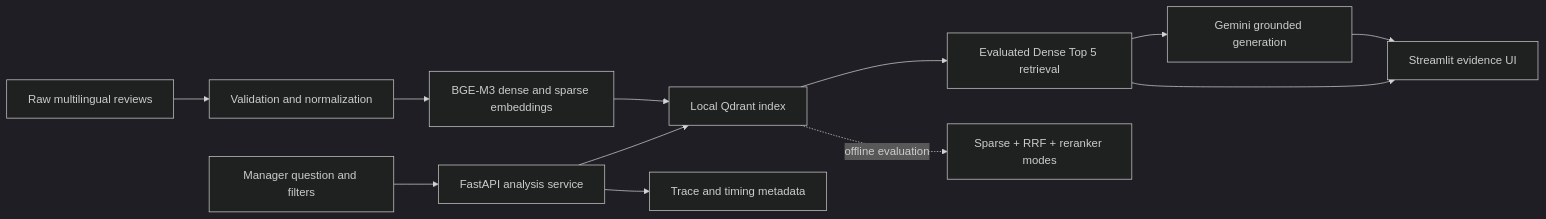
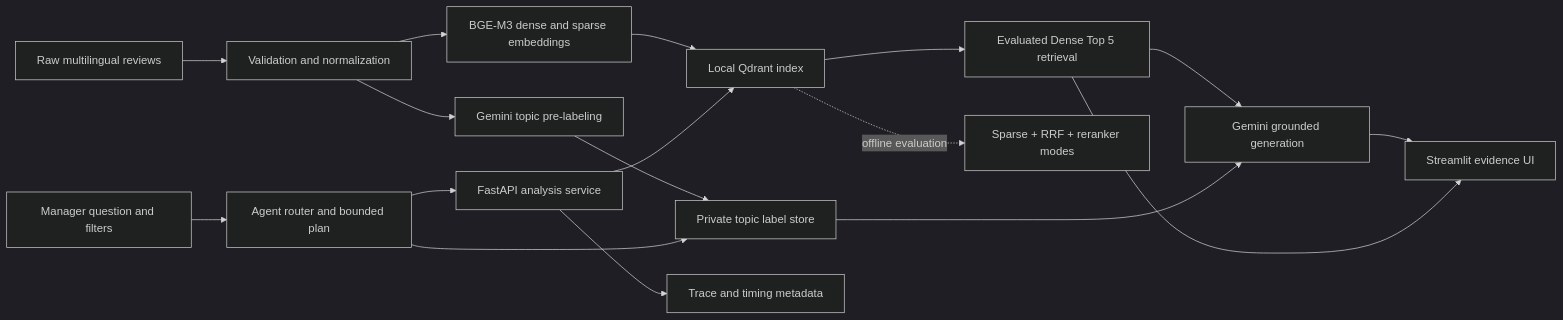
Before and after one commit to taojiangyz/Tokyo-Disneyland-review-intelligence: the diagram in README.md, drawn with Mermaid (dark theme). The commit also changed other lines of this file and 1 other file, not shown here.

Commit message:
Update READMEs for completed analytics Agent

````diff
--- a/README.md
+++ b/README.md
@@ -28,14 +30,19 @@
 ```mermaid
 flowchart LR
     A["Raw multilingual reviews"] --> B["Validation and normalization"]
     B --> C["BGE-M3 dense and sparse embeddings"]
+    B --> L["Gemini topic pre-labeling"]
+    L --> TS["Private topic label store"]
     C --> D["Local Qdrant index"]
-    U["Manager question and filters"] --> API["FastAPI analysis service"]
+    U["Manager question and filters"] --> AG["Agent router and bounded plan"]
+    AG --> API["FastAPI analysis service"]
+    AG --> TS
     API --> D
     D --> DR["Evaluated Dense Top 5 retrieval"]
     DR --> G["Gemini grounded generation"]
+    TS --> G
     G --> UI["Streamlit evidence UI"]
     DR --> UI
     D -. "offline evaluation" .-> EXP["Sparse + RRF + reranker modes"]
     API --> T["Trace and timing metadata"]
 ```
````
